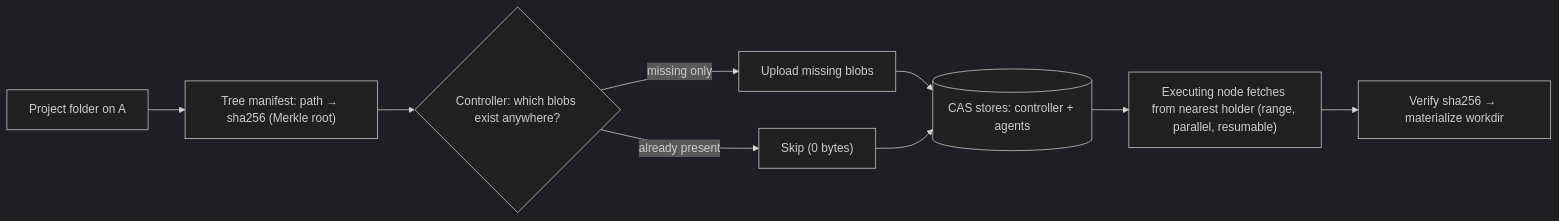
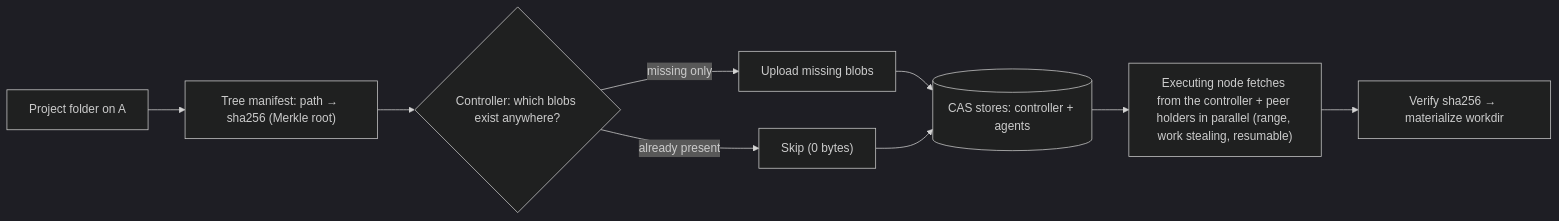
Diagram 13 of 17 in docs/ARCHITECTURE.md (tony19053000/finalyear), drawn with Mermaid (dark theme) before and after one commit. The commit also changed other lines of this file and 2 other files, not shown here.

Commit message:
feat(V0.5-G4): ARCHITECTURE and OPERATIONS for peers, cache index and multi-source fetch

````diff
--- a/docs/ARCHITECTURE.md
+++ b/docs/ARCHITECTURE.md
@@ -570,11 +572,11 @@
 ```mermaid
 flowchart LR
     SRC["Project folder on A"] --> TM["Tree manifest: path → sha256 (Merkle root)"]
     TM --> HAVE{"Controller: which blobs exist anywhere?"}
     HAVE -->|"missing only"| UP["Upload missing blobs"]
     HAVE -->|"already present"| SKIP["Skip (0 bytes)"]
     UP --> STORE[("CAS stores: controller + agents")]
     SKIP --> STORE
-    STORE --> FETCH["Executing node fetches from nearest holder (range, parallel, resumable)"]
+    STORE --> FETCH["Executing node fetches from the controller + peer holders in parallel (range, work stealing, resumable)"]
     FETCH --> VERIFY["Verify sha256 → materialize workdir"]
 ```
````
